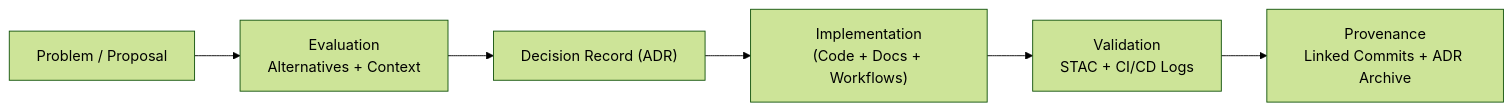
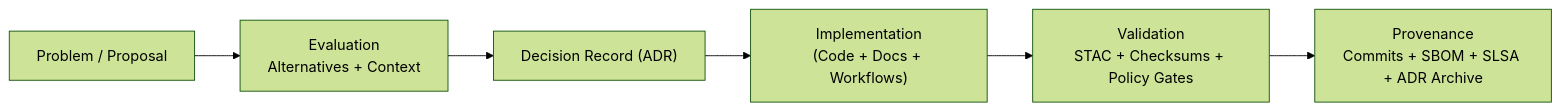
Before and after one commit to bartytime4life/Kansas-Frontier-Matrix: the diagram in docs/templates/adr.md, drawn with Mermaid (forest theme). The commit also changed other lines of this file, not shown here.

````diff
--- a/docs/templates/adr.md
+++ b/docs/templates/adr.md
@@ -182,8 +197,9 @@
 ```mermaid
 flowchart LR
   A["Problem / Proposal"] --> B["Evaluation<br/>Alternatives + Context"]
   B --> C["Decision Record (ADR)"]
   C --> D["Implementation<br/>(Code + Docs + Workflows)"]
-  D --> E["Validation<br/>STAC + CI/CD Logs"]
-  E --> F["Provenance<br/>Linked Commits + ADR Archive"]
+  D --> E["Validation<br/>STAC + Checksums + Policy Gates"]
+  E --> F["Provenance<br/>Commits + SBOM + SLSA + ADR Archive"]
+%% END OF MERMAID
 ```
````
